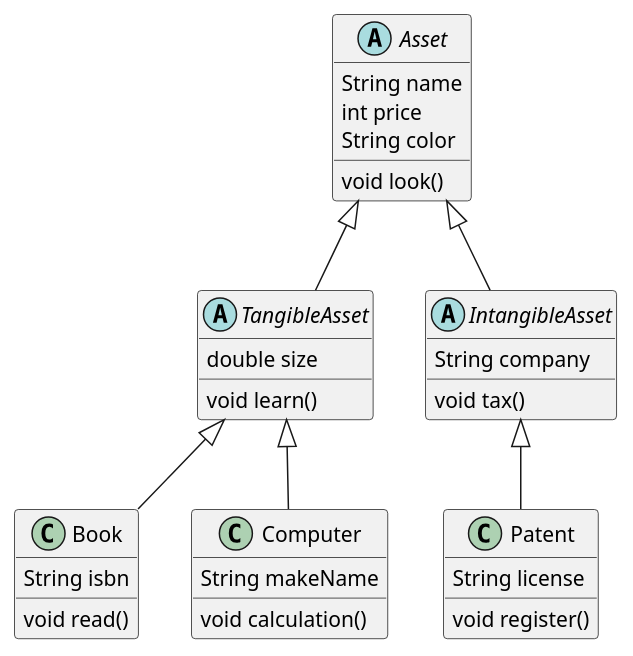
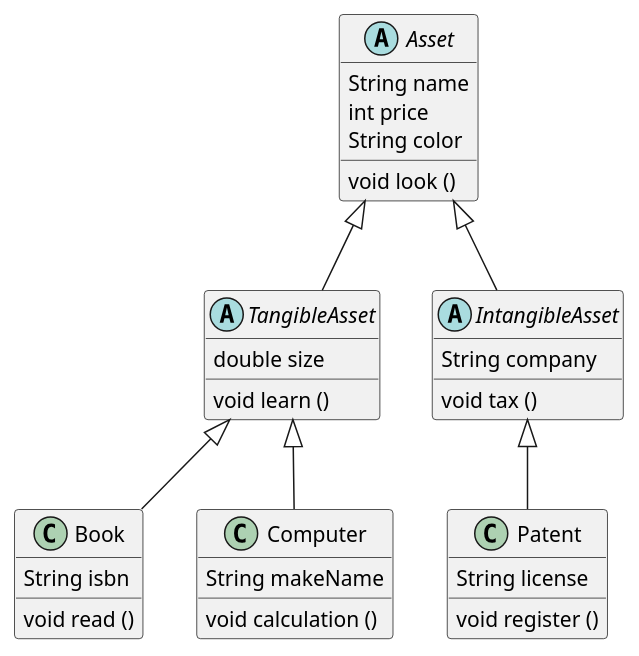
Before and after one commit to seonho99/modu-3-dart-study: the diagram in lib/2025-03-19/exercise_2.puml, drawn with PlantUML. The commit also changed other lines of this file and 27 other files, not shown here.

```diff
--- a/lib/2025-03-19/exercise_2.puml
+++ b/lib/2025-03-19/exercise_2.puml
@@ -1,59 +6,54 @@
 @startuml
 'https://plantuml.com/class-diagram
 
 abstract class Asset {
 String name
 int price
 String color
 
-void look()
+void look ()
 
 }
 
 
-Asset <|-- TangibleAsset
-Asset <|-- IntangibleAsset
 
-abstract class TangibleAsset{
+abstract class TangibleAsset extends Asset {
 double size
-void learn()
+void learn ()
 
 }
 
-abstract class IntangibleAsset{
+abstract class IntangibleAsset extends Asset {
 String company
 
-void tax()
+void tax ()
 
 }
 
-TangibleAsset <|-- Book
-TangibleAsset <|-- Computer
-IntangibleAsset <|-- Patent
 
 
 
-class Book {
+class Book extends TangibleAsset {
 
 String isbn
 
-void read()
+void read ()
 }
 
 
-class Computer {
+class Computer extends TangibleAsset {
 
 String makeName
 
-void calculation()
+void calculation ()
 
 }
 
-class Patent {
+class Patent extends IntangibleAsset {
 
 String license
 
-void register()
+void register ()
 }
 
 @enduml
```
